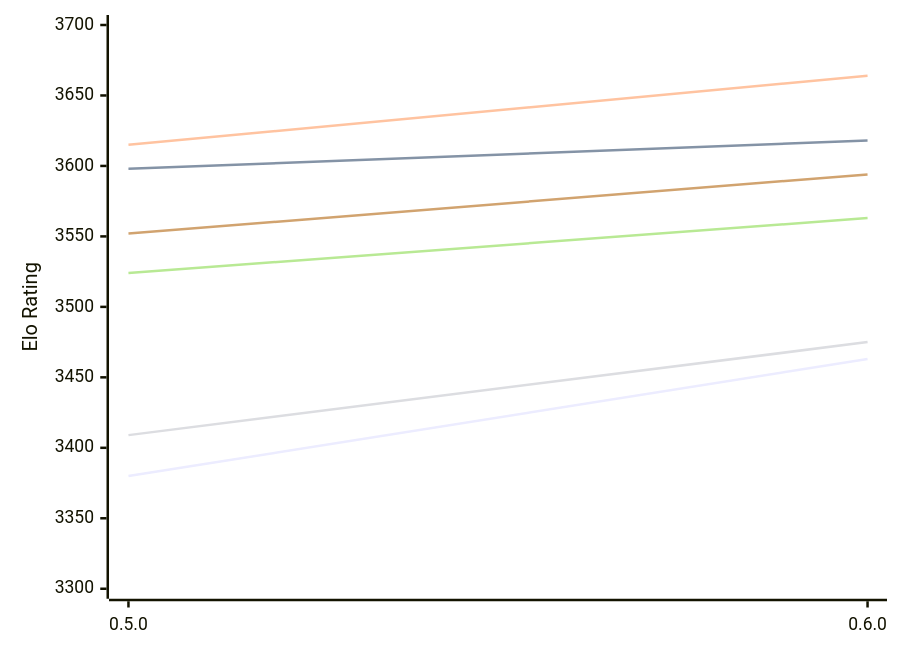
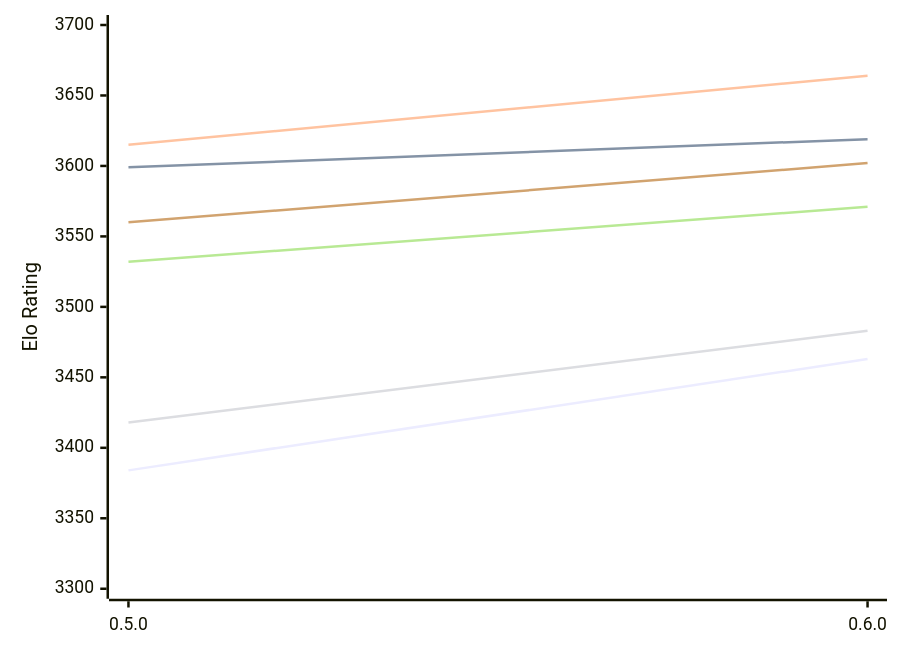
Before and after one commit to computer-chess-index/cci: the diagram in engines/Incipit.md, drawn with Mermaid. The commit also changed other lines of this file, not shown here.

Commit message:
Update CCI Ratings (ELO VLTC) - 2026-11-25

````diff
--- a/engines/Incipit.md
+++ b/engines/Incipit.md
@@ -49,12 +49,12 @@
 ```mermaid
 %%{init: {"theme":"base","themeVariables":{"seriesColors:['#a3a3a3','#222221','#faa371']}}}%%
 xychart-beta
   x-axis ["0.5.0", "0.6.0"]
   y-axis "Elo Rating" 3300 --> 3700
-  line "E1: STC (8.0+0.08s)" [3380, 3463]
-  line "E1: LTC (60.0+0.60s)" [3598, 3618]
+  line "E1: STC (8.0+0.08s)" [3384, 3463]
+  line "E1: LTC (60.0+0.60s)" [3599, 3619]
   line "E1: VLTC (2m24s+1.12s)" [3615, 3664]
-  line "P1: STC (8.0+0.08s)" [3409, 3475]
-  line "P1: LTC (60.0+0.60s)" [3524, 3563]
-  line "P1: VLTC (2m24s+1.12s)" [3552, 3594]
+  line "P1: STC (8.0+0.08s)" [3418, 3483]
+  line "P1: LTC (60.0+0.60s)" [3532, 3571]
+  line "P1: VLTC (2m24s+1.12s)" [3560, 3602]
 ```
````
